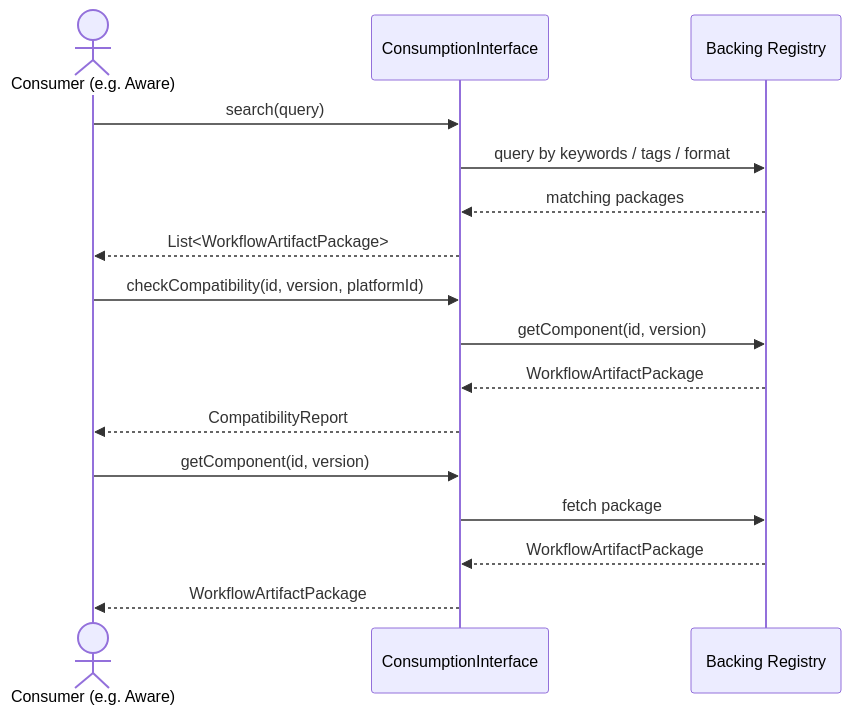
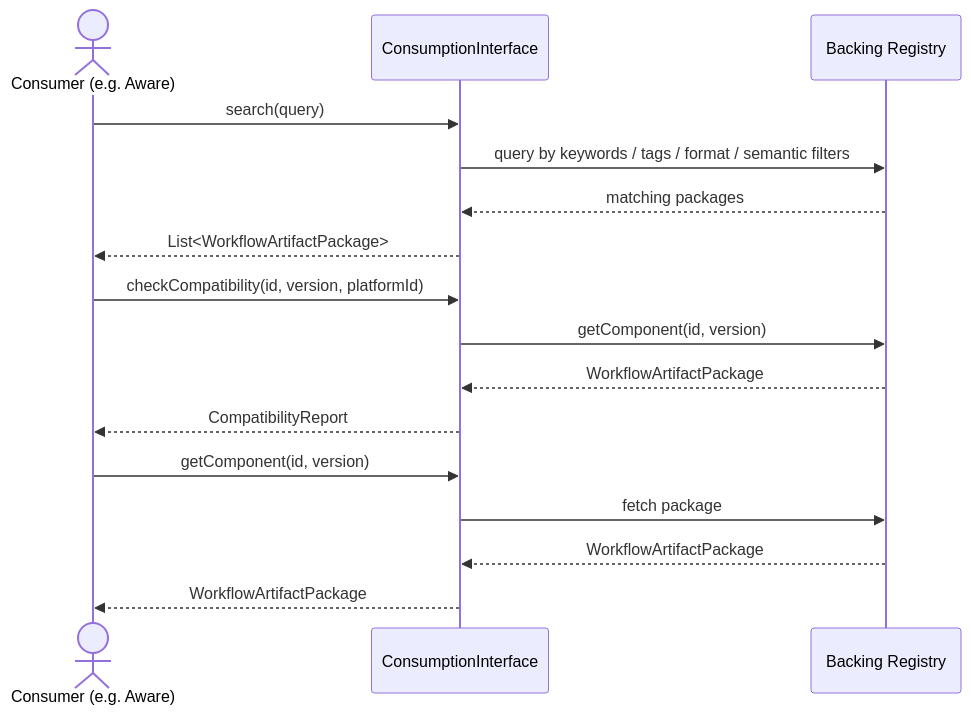
Before and after one commit to carp-dk/health-workflow-interfaces: the diagram in docs/consumption-interface.md, drawn with Mermaid. The commit also changed other lines of this file and 5 other files, not shown here.

````diff
--- a/docs/consumption-interface.md
+++ b/docs/consumption-interface.md
@@ -12,21 +12,21 @@
 ```mermaid
 sequenceDiagram
     actor Consumer as Consumer (e.g. Aware)
     participant CI as ConsumptionInterface
     participant Registry as Backing Registry
 
     Consumer->>CI: search(query)
-    CI->>Registry: query by keywords / tags / format
+    CI->>Registry: query by keywords / tags / format / semantic filters
     Registry-->>CI: matching packages
     CI-->>Consumer: List<WorkflowArtifactPackage>
 
     Consumer->>CI: checkCompatibility(id, version, platformId)
     CI->>Registry: getComponent(id, version)
     Registry-->>CI: WorkflowArtifactPackage
     CI-->>Consumer: CompatibilityReport
 
     Consumer->>CI: getComponent(id, version)
     CI->>Registry: fetch package
     Registry-->>CI: WorkflowArtifactPackage
     CI-->>Consumer: WorkflowArtifactPackage
 ```
````
